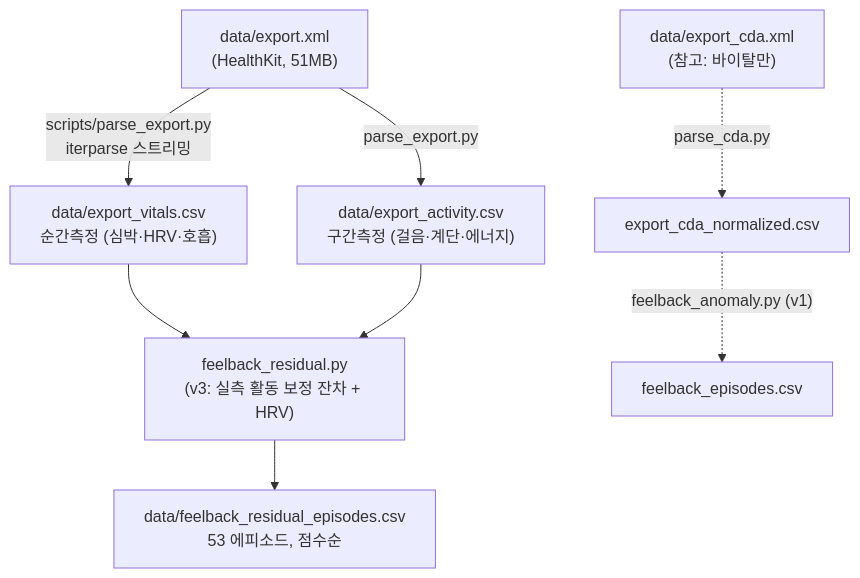
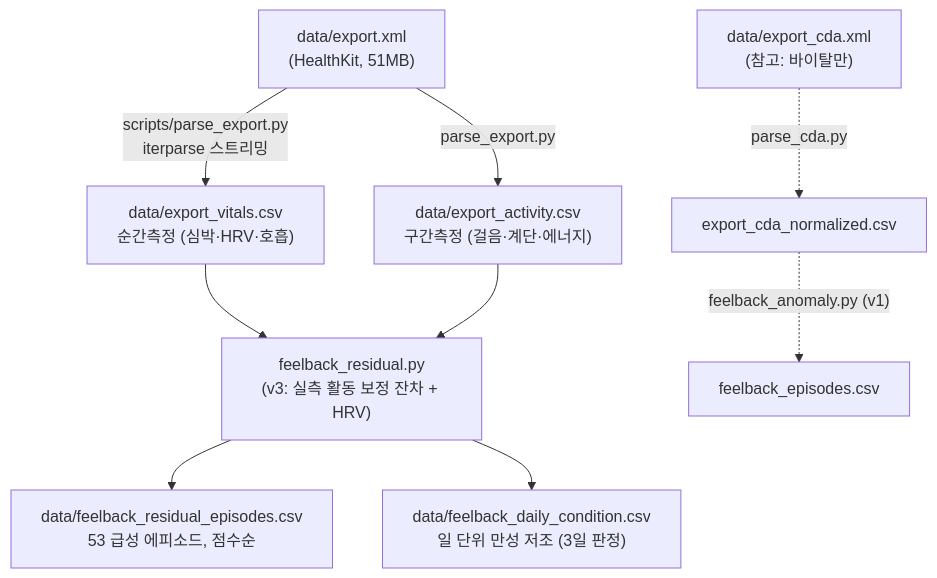
One commit to rlakdus/yology changed the diagram in docs/feelback_model.md. Above: the diagram before and after it, drawn with Mermaid. The commit also changed other lines of this file and 1 other file, not shown here.

Commit message:
컨디션 저조, 스트레스 반응 탐지 개선 (residual.py)

````diff
--- a/docs/feelback_model.md
+++ b/docs/feelback_model.md
@@ -21,11 +21,12 @@
 ```mermaid
 flowchart TD
     X["data/export.xml<br/>(HealthKit, 51MB)"] -->|"scripts/parse_export.py<br/>iterparse 스트리밍"| V["data/export_vitals.csv<br/>순간측정 (심박·HRV·호흡)"]
     X -->|"parse_export.py"| ACT["data/export_activity.csv<br/>구간측정 (걸음·계단·에너지)"]
     V --> M["feelback_residual.py<br/>(v3: 실측 활동 보정 잔차 + HRV)"]
     ACT --> M
-    M --> E["data/feelback_residual_episodes.csv<br/>53 에피소드, 점수순"]
+    M --> E["data/feelback_residual_episodes.csv<br/>53 급성 에피소드, 점수순"]
+    M --> DC["data/feelback_daily_condition.csv<br/>일 단위 만성 저조 (3일 판정)"]
 
     A["data/export_cda.xml<br/>(참고: 바이탈만)"] -.->|"parse_cda.py"| C["export_cda_normalized.csv"]
     C -.->|"feelback_anomaly.py (v1)"| D["feelback_episodes.csv"]
 ```
````
